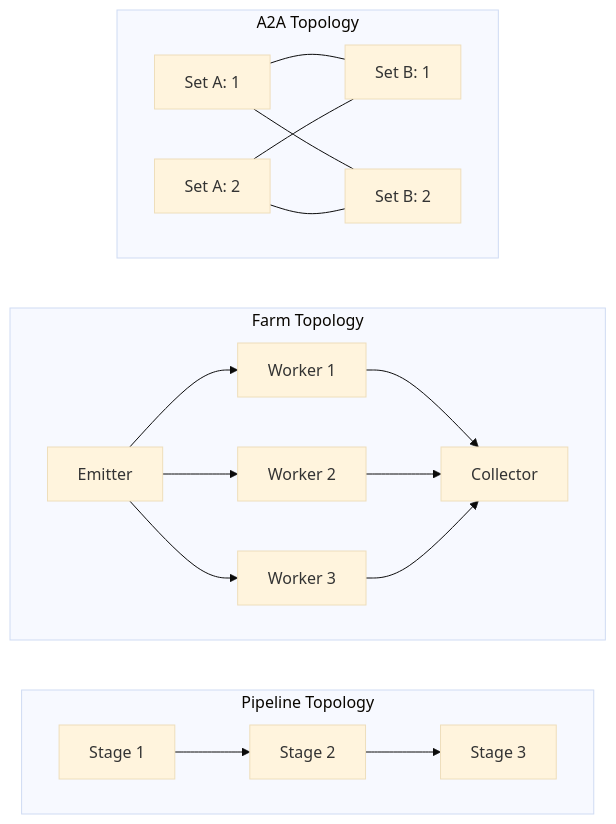
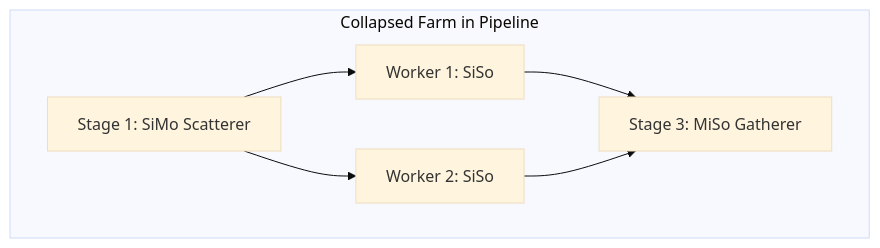
One commit to mamodev/fftvm changed the second of 4 diagrams in README.md. Above: the diagram before and after it, drawn with Mermaid (base theme). The commit also changed other lines of this file, not shown here.

````diff
--- a/README.md
+++ b/README.md
@@ -110,25 +109,10 @@
 ```mermaid
 graph LR
-    subgraph P_Topo [Pipeline Topology]
+    subgraph CollapsedFarm [Collapsed Farm in Pipeline]
     direction LR
-    P1[Stage 1] --> P2[Stage 2] --> P3[Stage 3]
-    end
-
-    subgraph F_Topo [Farm Topology]
-    direction LR
-    E[Emitter] --> W1[Worker 1]
-    E --> W2[Worker 2]
-    E --> W3[Worker 3]
-    W1 --> C[Collector]
-    W2 --> C
-    W3 --> C
-    end
-
-    subgraph A_Topo [A2A Topology]
-    direction LR
-    S1[Set A: 1] --- S2[Set B: 1]
-    S1 --- S3[Set B: 2]
-    S4[Set A: 2] --- S2
-    S4 --- S3
+    S1[Stage 1: SiMo Scatterer] --> W1[Worker 1: SiSo]
+    S1 --> W2[Worker 2: SiSo]
+    W1 --> S3[Stage 3: MiSo Gatherer]
+    W2 --> S3
     end
 ```
````
